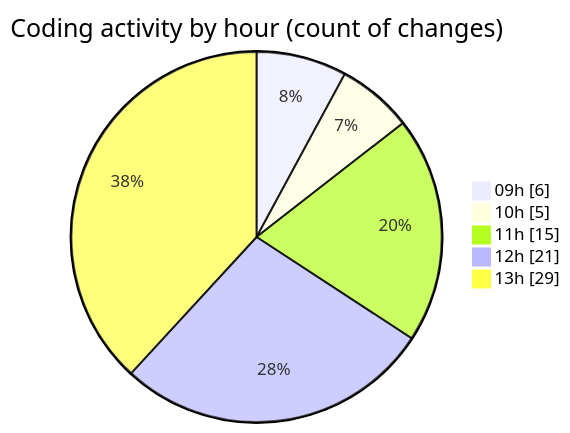
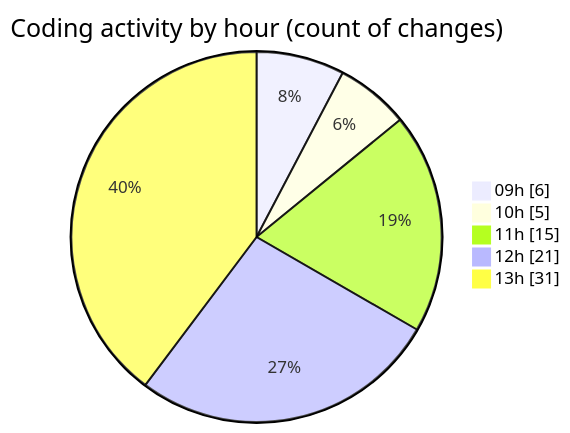
One commit to momahboobian/code-tracking changed the second of 2 diagrams in 2025-10-02/cda/README.md. Above: the diagram before and after it, drawn with Mermaid. The commit also changed other lines of this file and 1 other file, not shown here.

````diff
--- a/2025-10-02/cda/README.md
+++ b/2025-10-02/cda/README.md
@@ -40,9 +40,9 @@
 ```mermaid
 pie showData
 title Coding activity by hour (count of changes)
 "09h" : 6
 "10h" : 5
 "11h" : 15
 "12h" : 21
-"13h" : 29
+"13h" : 31
 ```
````
